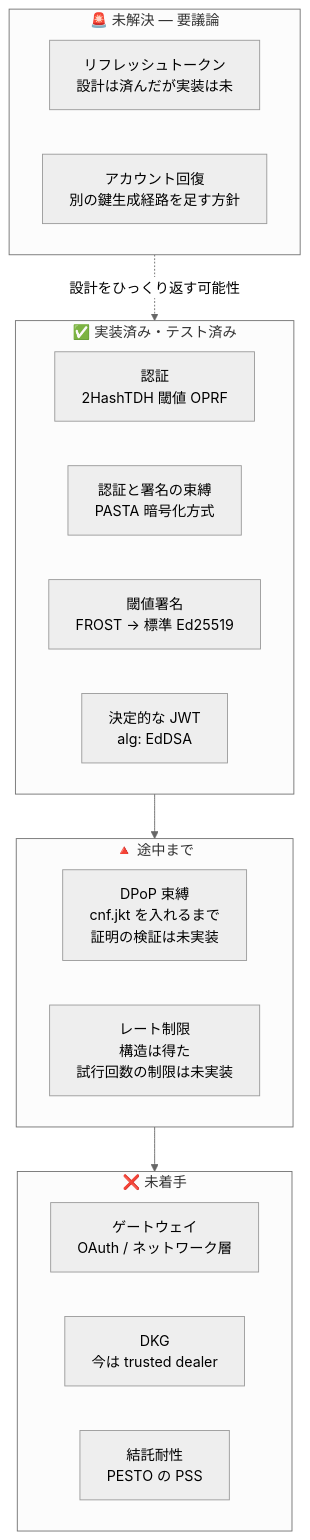
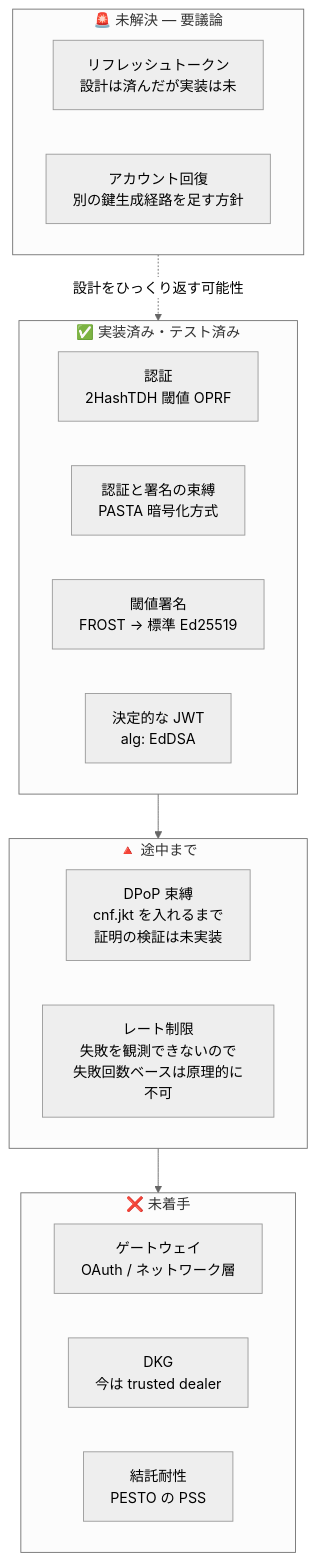
One commit to sururu-k/decentralized_identity_provider changed the second of 5 diagrams in docs/status.md. Above: the diagram before and after it, drawn with Mermaid (neutral theme). The commit also changed other lines of this file and 3 other files, not shown here.

````diff
--- a/docs/status.md
+++ b/docs/status.md
@@ -35,32 +35,32 @@
 ```mermaid
 graph TB
     subgraph Done["✅ 実装済み・テスト済み"]
         direction LR
         d1["認証<br>2HashTDH 閾値 OPRF"]
         d2["認証と署名の束縛<br>PASTA 暗号化方式"]
         d3["閾値署名<br>FROST → 標準 Ed25519"]
         d4["決定的な JWT<br>alg: EdDSA"]
     end
 
     subgraph Half["🔺 途中まで"]
         direction LR
         h1["DPoP 束縛<br>cnf.jkt を入れるまで<br>証明の検証は未実装"]
-        h2["レート制限<br>構造は得た<br>試行回数の制限は未実装"]
+        h2["レート制限<br>失敗を観測できないので<br>失敗回数ベースは原理的に不可"]
     end
 
     subgraph Todo["❌ 未着手"]
         direction LR
         t1["ゲートウェイ<br>OAuth / ネットワーク層"]
         t2["DKG<br>今は trusted dealer"]
         t3["結託耐性<br>PESTO の PSS"]
     end
 
     subgraph Open["🚨 未解決 — 要議論"]
         direction LR
         o1["リフレッシュトークン<br>設計は済んだが実装は未"]
         o2["アカウント回復<br>別の鍵生成経路を足す方針"]
     end
 
     Done --> Half --> Todo
     Open -.->|"設計をひっくり返す可能性"| Done
 ```
````
